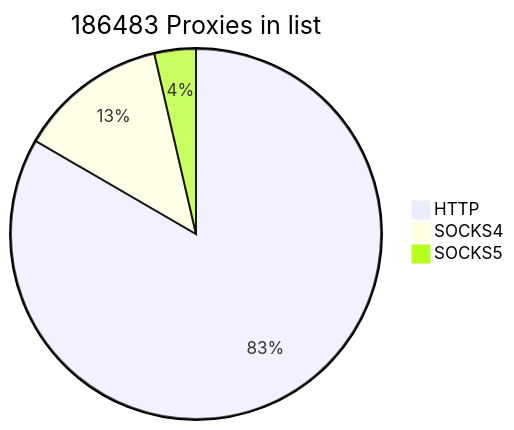
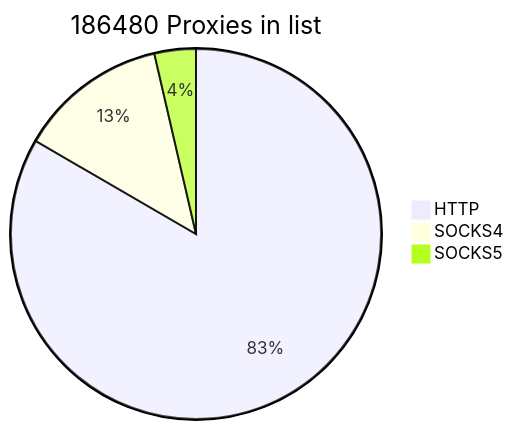
The first of 2 diagrams in README.md (cutipu/proxylist), drawn with Mermaid before and after one commit. The commit also changed other lines of this file, not shown here.

````diff
--- a/README.md
+++ b/README.md
@@ -2,7 +2,7 @@
 ```mermaid
-pie title 186483 Proxies in list
+pie title 186480 Proxies in list
     "HTTP" : 155460
-    "SOCKS4" : 24277
+    "SOCKS4" : 24274
     "SOCKS5" : 6746
             
 ```
````
